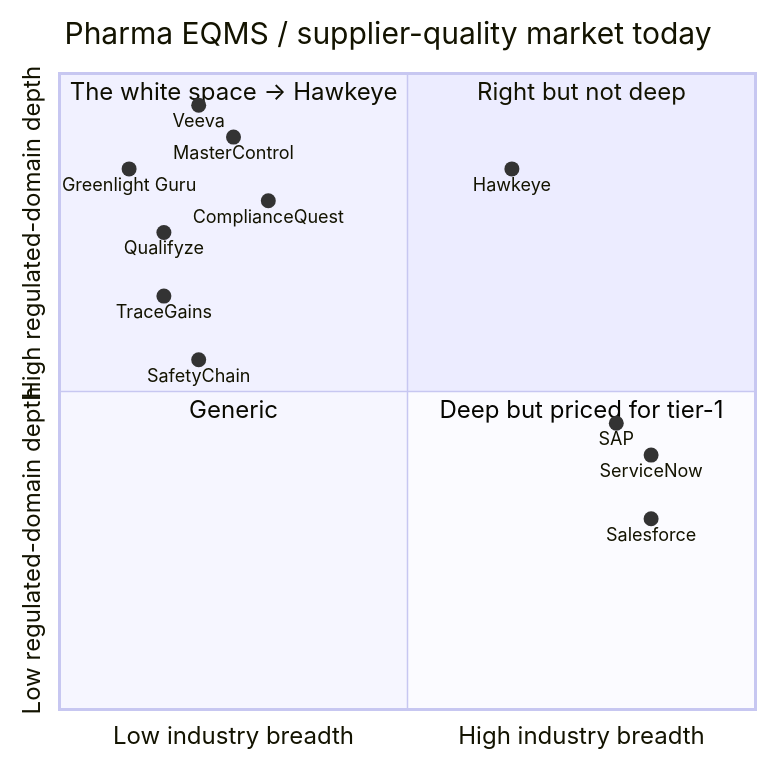
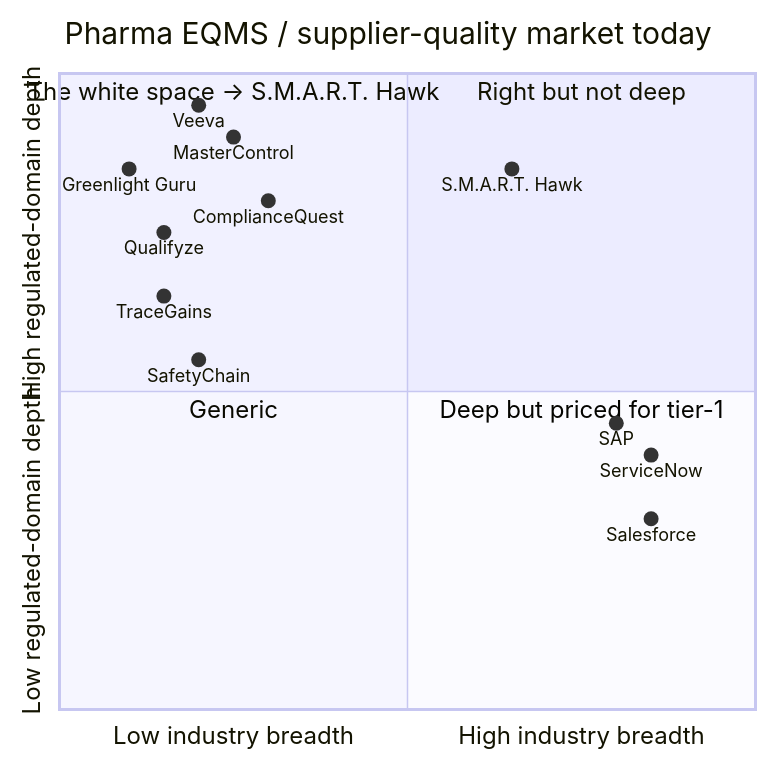
Before and after one commit to hawkeyetransact-dotcom/doc_v2: the first of 6 diagrams in 01-strategy/market-analysis/MARKET-ANALYSIS.md, drawn with Mermaid. The commit also changed other lines of this file and 105 other files, not shown here.

First line of the commit message:
Rebrand docs: Hawkeye -> S.M.A.R.T. Hawk; S.M.A.R.T. five-pillar pipeline

````diff
--- a/01-strategy/market-analysis/MARKET-ANALYSIS.md
+++ b/01-strategy/market-analysis/MARKET-ANALYSIS.md
@@ -22,21 +22,21 @@
 ```mermaid
 quadrantChart
     title Pharma EQMS / supplier-quality market today
     x-axis Low industry breadth --> High industry breadth
     y-axis Low regulated-domain depth --> High regulated-domain depth
     quadrant-1 Right but not deep
-    quadrant-2 The white space → Hawkeye
+    quadrant-2 The white space → S.M.A.R.T. Hawk
     quadrant-3 Generic
     quadrant-4 Deep but priced for tier-1
     Veeva: [0.20, 0.95]
     MasterControl: [0.25, 0.90]
     ComplianceQuest: [0.30, 0.80]
     Greenlight Guru: [0.10, 0.85]
     Qualifyze: [0.15, 0.75]
     TraceGains: [0.15, 0.65]
     SafetyChain: [0.20, 0.55]
     ServiceNow: [0.85, 0.40]
     SAP: [0.80, 0.45]
     Salesforce: [0.85, 0.30]
-    Hawkeye: [0.65, 0.85]
+    S.M.A.R.T. Hawk: [0.65, 0.85]
 ```
````
